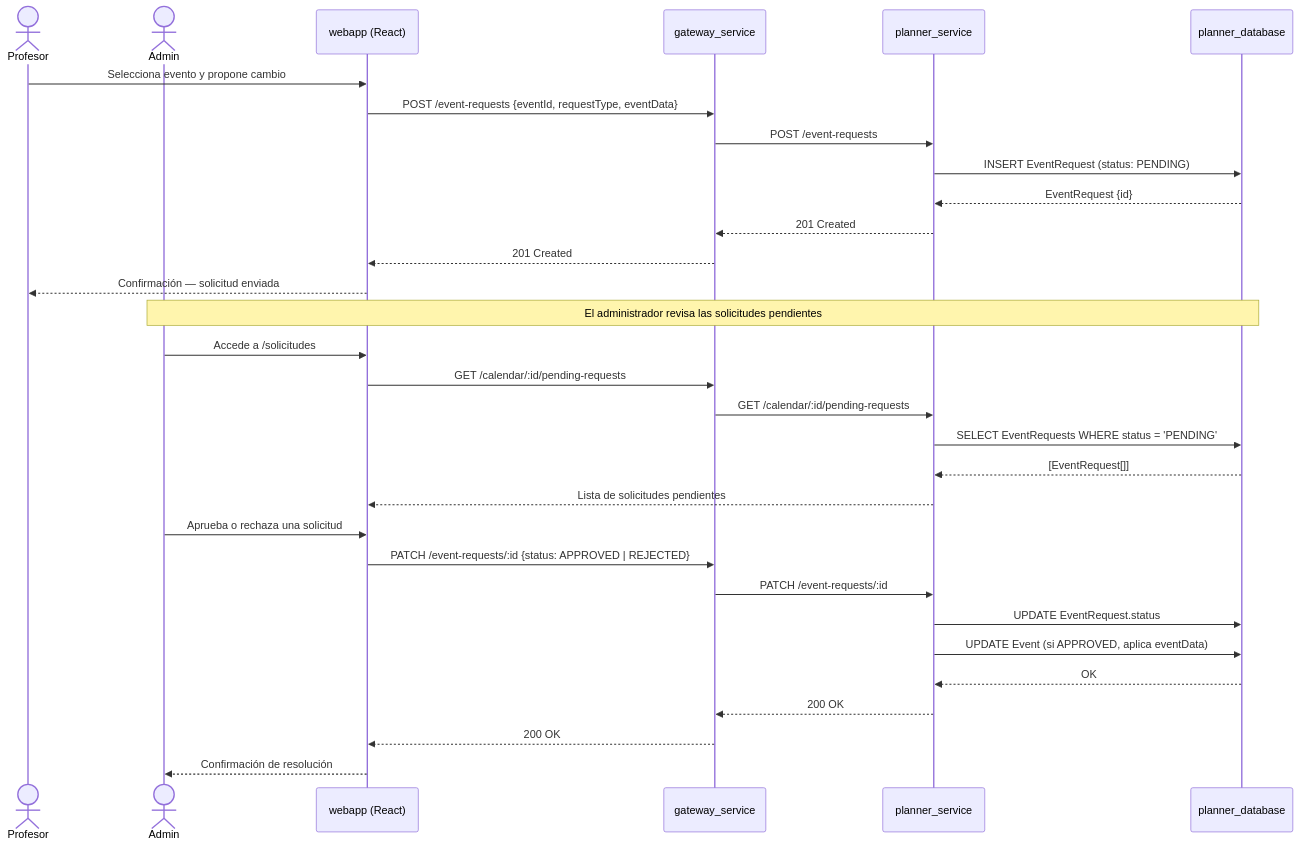
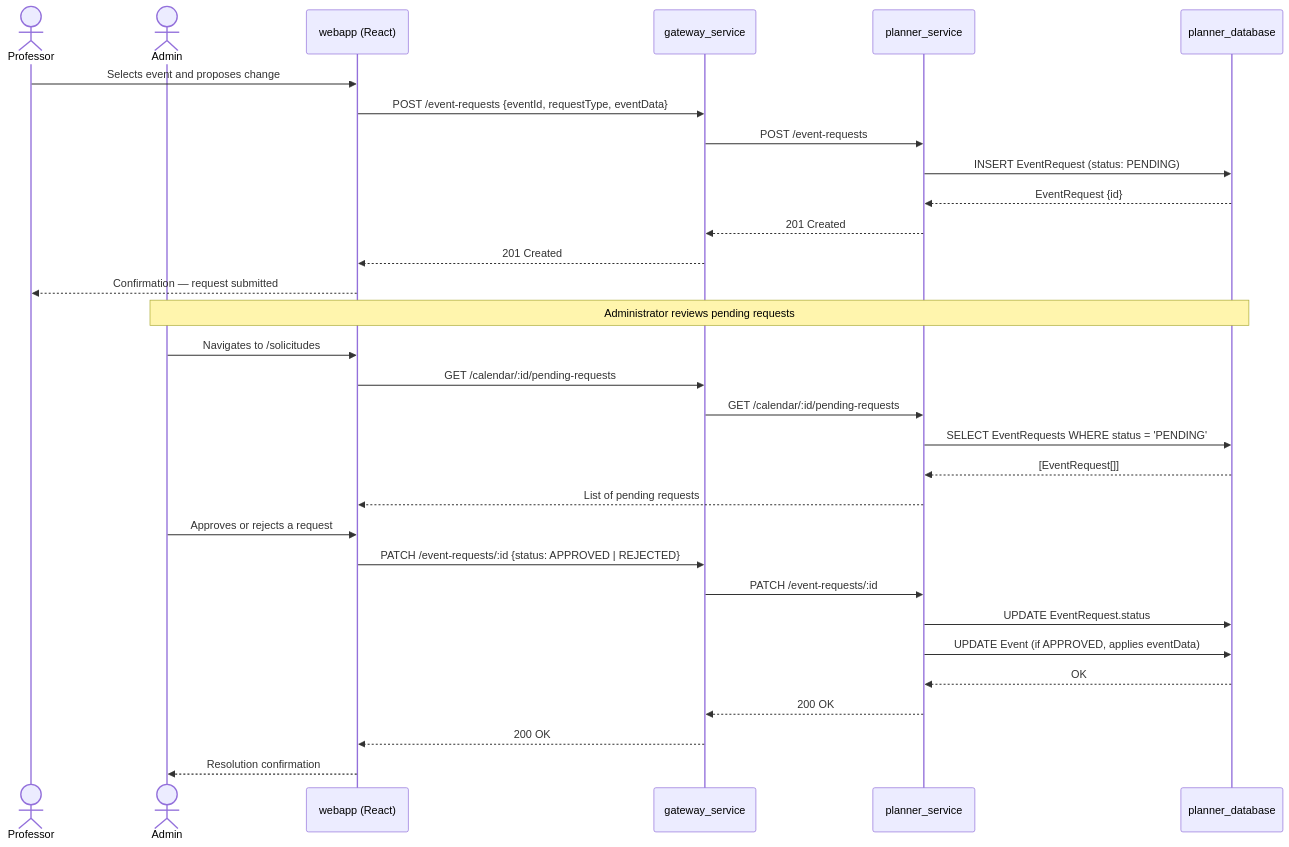
One commit to Murias10/TeachingPlanner changed the eighth of 10 diagrams in docs/capitulo5_diseno.md. Above: the diagram before and after it, drawn with Mermaid. The commit also changed other lines of this file and 2 other files, not shown here.

````diff
--- a/docs/capitulo5_diseno.md
+++ b/docs/capitulo5_diseno.md
@@ -687,37 +705,37 @@
 ```mermaid
 sequenceDiagram
-    actor Profesor
+    actor Professor
     actor Admin
     participant webapp as webapp (React)
     participant gateway as gateway_service
     participant planner as planner_service
     participant db as planner_database
 
-    Profesor->>webapp: Selecciona evento y propone cambio
+    Professor->>webapp: Selects event and proposes change
     webapp->>gateway: POST /event-requests {eventId, requestType, eventData}
     gateway->>planner: POST /event-requests
     planner->>db: INSERT EventRequest (status: PENDING)
     db-->>planner: EventRequest {id}
     planner-->>gateway: 201 Created
     gateway-->>webapp: 201 Created
-    webapp-->>Profesor: Confirmación — solicitud enviada
+    webapp-->>Professor: Confirmation — request submitted
 
-    Note over Admin,db: El administrador revisa las solicitudes pendientes
+    Note over Admin,db: Administrator reviews pending requests
 
-    Admin->>webapp: Accede a /solicitudes
+    Admin->>webapp: Navigates to /solicitudes
     webapp->>gateway: GET /calendar/:id/pending-requests
     gateway->>planner: GET /calendar/:id/pending-requests
     planner->>db: SELECT EventRequests WHERE status = 'PENDING'
     db-->>planner: [EventRequest[]]
-    planner-->>webapp: Lista de solicitudes pendientes
+    planner-->>webapp: List of pending requests
 
-    Admin->>webapp: Aprueba o rechaza una solicitud
+    Admin->>webapp: Approves or rejects a request
     webapp->>gateway: PATCH /event-requests/:id {status: APPROVED | REJECTED}
     gateway->>planner: PATCH /event-requests/:id
     planner->>db: UPDATE EventRequest.status
-    planner->>db: UPDATE Event (si APPROVED, aplica eventData)
+    planner->>db: UPDATE Event (if APPROVED, applies eventData)
     db-->>planner: OK
     planner-->>gateway: 200 OK
     gateway-->>webapp: 200 OK
-    webapp-->>Admin: Confirmación de resolución
+    webapp-->>Admin: Resolution confirmation
 ```
````
